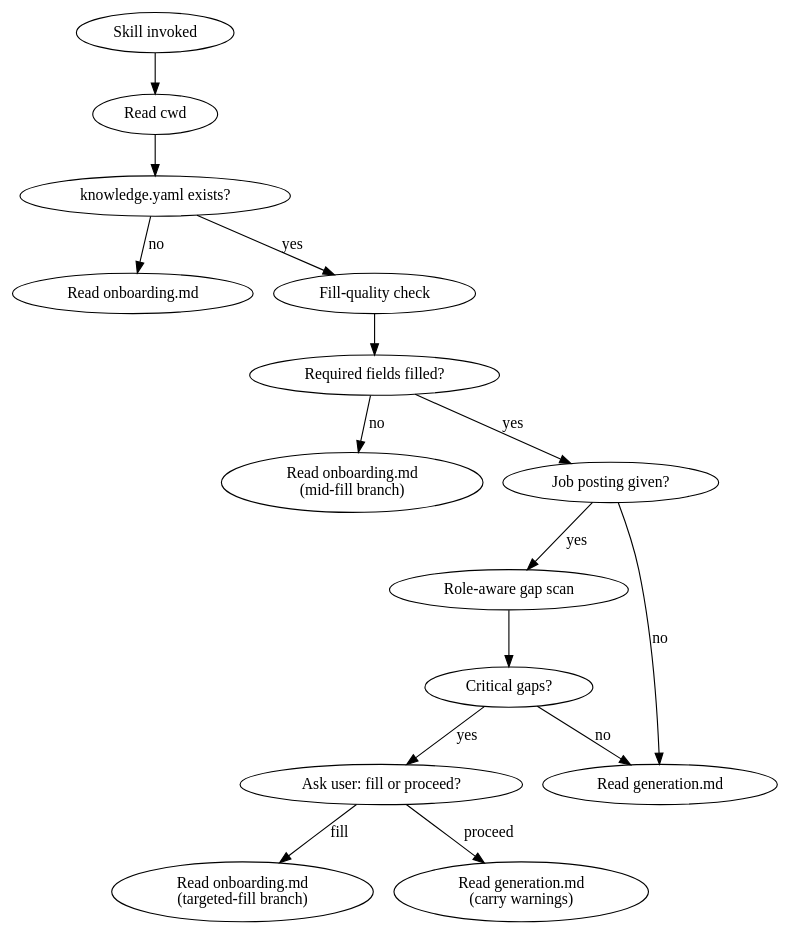
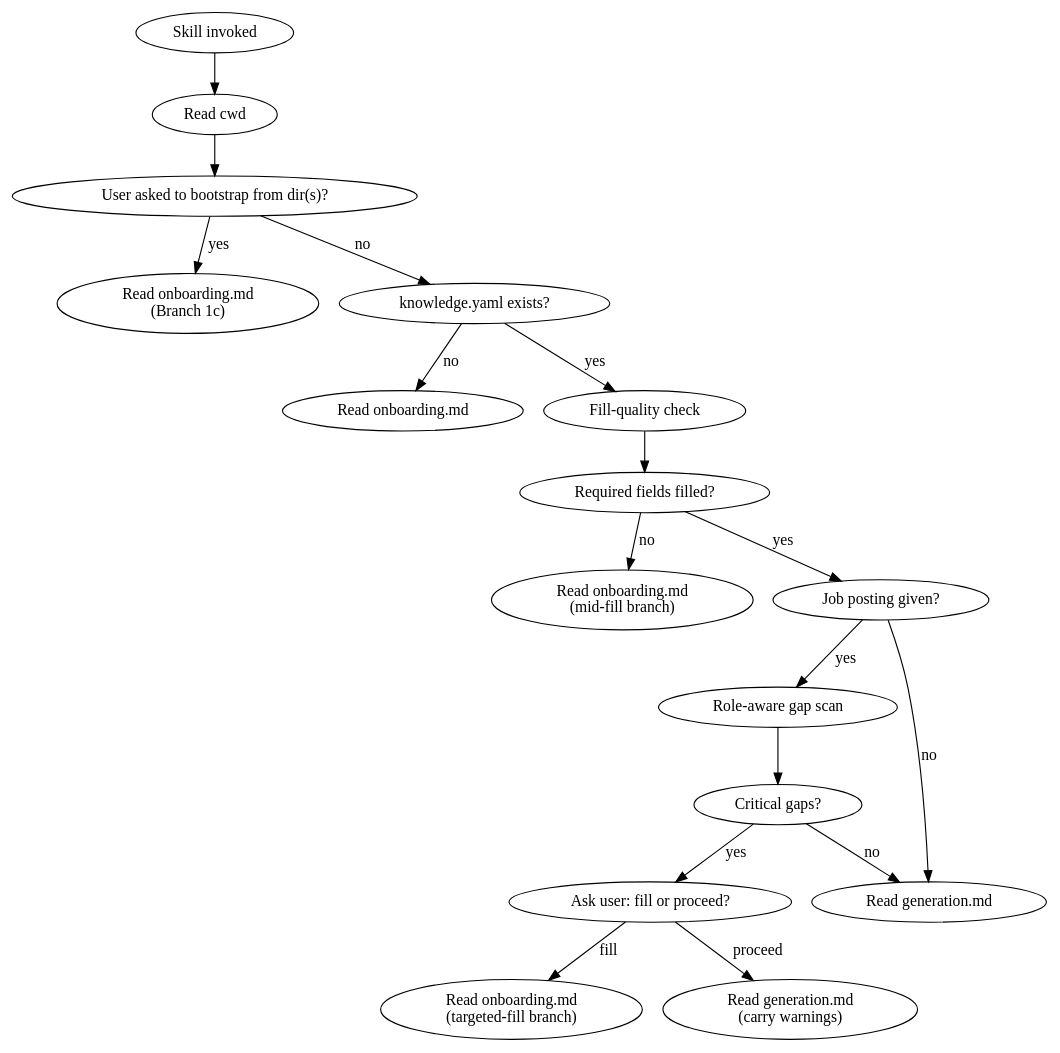
Before and after one commit to GitPersonAli/resume-generator: the diagram in skills/resume-generator/SKILL.md, drawn with Graphviz. The commit also changed other lines of this file and 6 other files, not shown here.

````diff
--- a/skills/resume-generator/SKILL.md
+++ b/skills/resume-generator/SKILL.md
@@ -40,18 +40,20 @@
 ```dot
 digraph entry {
   "Skill invoked"                -> "Read cwd";
-  "Read cwd"                     -> "knowledge.yaml exists?";
+  "Read cwd"                     -> "User asked to bootstrap from dir(s)?";
+  "User asked to bootstrap from dir(s)?" -> "Read onboarding.md\n(Branch 1c)" [label="yes"];
+  "User asked to bootstrap from dir(s)?" -> "knowledge.yaml exists?" [label="no"];
   "knowledge.yaml exists?"       -> "Read onboarding.md" [label="no"];
   "knowledge.yaml exists?"       -> "Fill-quality check" [label="yes"];
   "Fill-quality check"           -> "Required fields filled?";
   "Required fields filled?"      -> "Read onboarding.md\n(mid-fill branch)" [label="no"];
   "Required fields filled?"     -> "Job posting given?" [label="yes"];
   "Job posting given?"           -> "Role-aware gap scan" [label="yes"];
   "Job posting given?"           -> "Read generation.md" [label="no"];
   "Role-aware gap scan"          -> "Critical gaps?";
   "Critical gaps?"               -> "Ask user: fill or proceed?" [label="yes"];
   "Critical gaps?"               -> "Read generation.md" [label="no"];
   "Ask user: fill or proceed?"   -> "Read onboarding.md\n(targeted-fill branch)" [label="fill"];
   "Ask user: fill or proceed?"   -> "Read generation.md\n(carry warnings)" [label="proceed"];
 }
 ```
````
